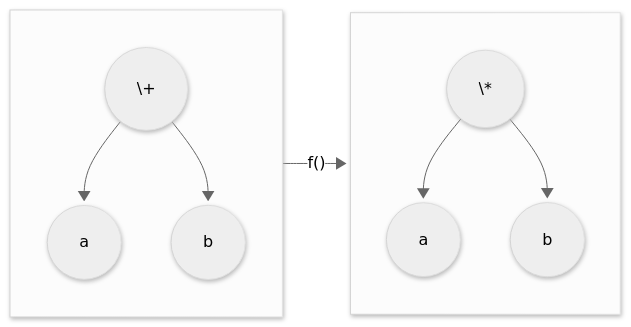
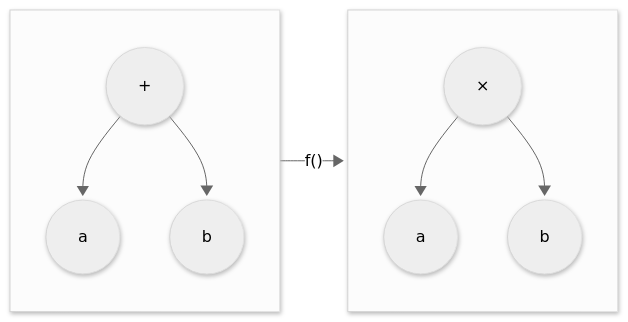
The fourth of 5 diagrams in doc/asysc.adoc (analog-system-compiler/asysc), drawn with Mermaid before and after one commit. The commit also changed other lines of this file, not shown here.

```diff
--- a/doc/asysc.adoc
+++ b/doc/asysc.adoc
@@ -222,22 +222,22 @@
 [mermaid, format=png, align="center"]
 ....
 ---
 config:
   theme: neutral
   look: neo
 ---
 flowchart LR
     subgraph a [ ]
         direction TB
-        B((\+))
+        B((+))
         B --> C((a))
         B --> D((b))
     end
     subgraph b [ ]
         direction TB
-        E((\*))
+        E((×))
         E --> F((a))
         E --> G((b))
     end
     a --" f() "--> b
 ....
```
